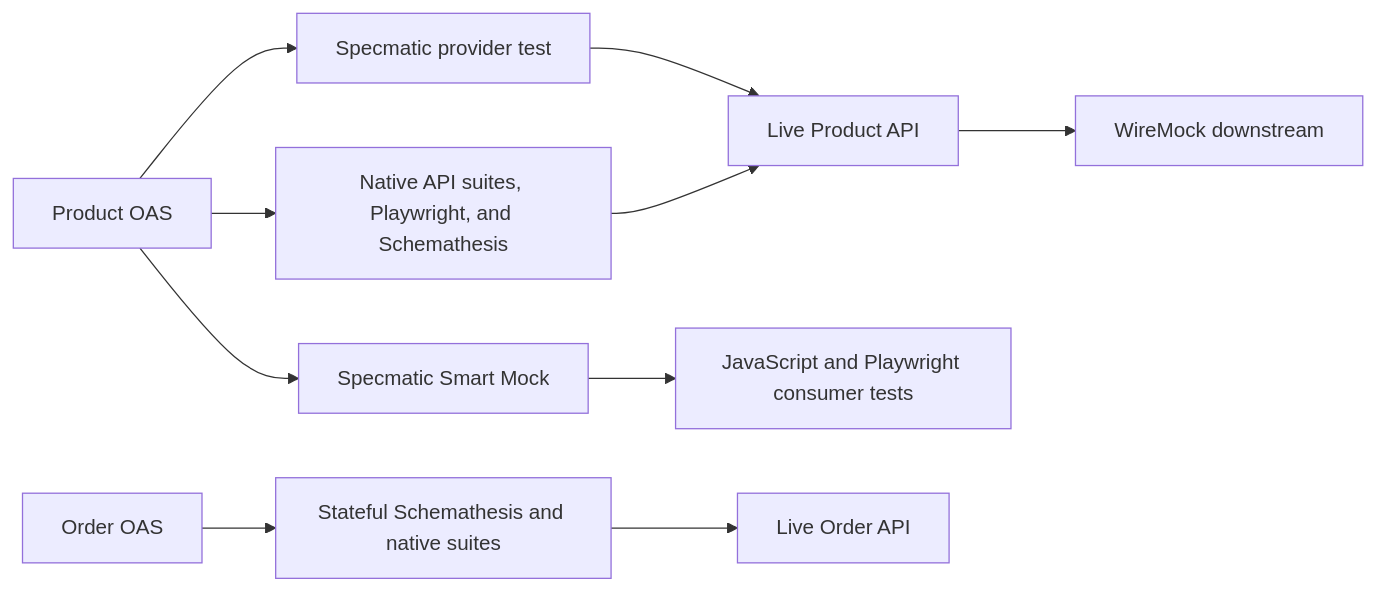
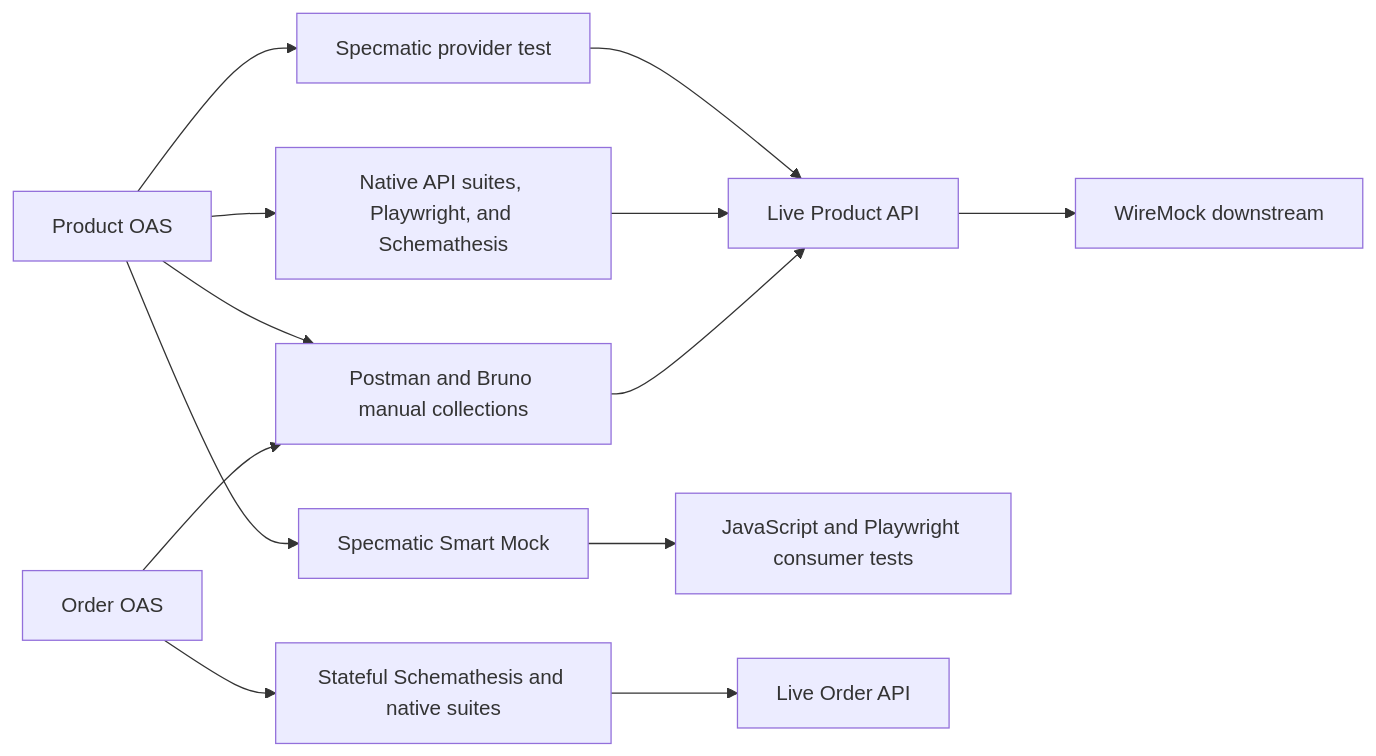
One commit to shoman2020/oas-polycontract changed the first of 2 diagrams in README.md. Above: the diagram before and after it, drawn with Mermaid. The commit also changed other lines of this file and 26 other files, not shown here.

````diff
--- a/README.md
+++ b/README.md
@@ -13,12 +17,15 @@
 ```mermaid
 flowchart LR
   ProductOAS[Product OAS] --> ProviderTest[Specmatic provider test]
   ProviderTest --> ProductAPI[Live Product API]
   ProductOAS --> SmartMock[Specmatic Smart Mock]
   SmartMock --> ConsumerTests[JavaScript and Playwright consumer tests]
   ProductOAS --> ProductTests[Native API suites, Playwright, and Schemathesis]
   ProductTests --> ProductAPI
   OrderOAS[Order OAS] --> StatefulTests[Stateful Schemathesis and native suites]
   StatefulTests --> OrderAPI[Live Order API]
   ProductAPI --> WireMock[WireMock downstream]
+  ProductOAS --> Collections[Postman and Bruno manual collections]
+  Collections --> ProductAPI
+  OrderOAS --> Collections
 ```
````
